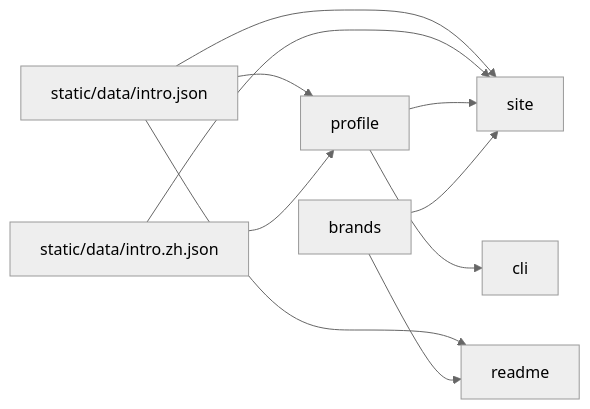
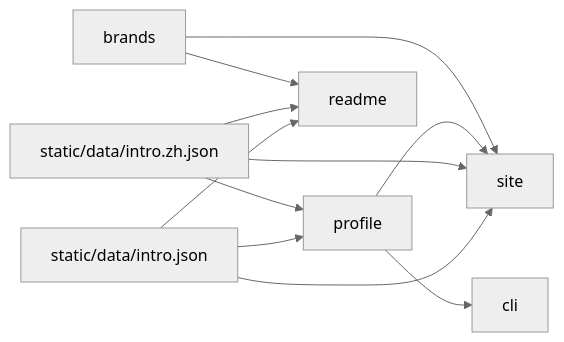
The diagram in architecture.md (heyq02/heyq02), drawn with Mermaid (neutral theme) before and after one commit. The commit also changed other lines of this file and 9 other files, not shown here.

````diff
--- a/architecture.md
+++ b/architecture.md
@@ -17,19 +17,20 @@
 ```mermaid
 flowchart LR
   json["static/data/intro.json"]
   zh["static/data/intro.zh.json"]
   profile["profile"]
   brands["brands"]
   site["site"]
   cli["cli"]
   readme["readme"]
   json --> profile
   zh --> profile
   json --> site
   zh --> site
   json --> readme
+  zh --> readme
   profile --> site
   profile --> cli
   brands --> site
   brands --> readme
 ```
````
